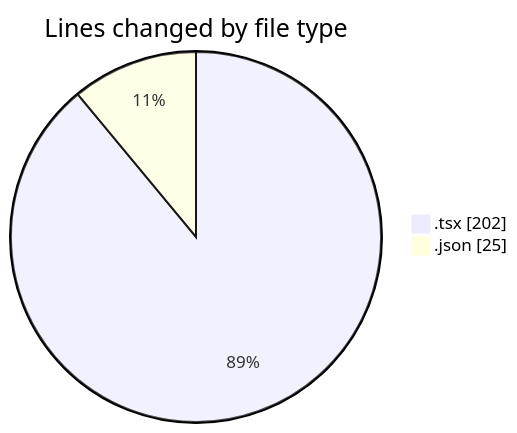
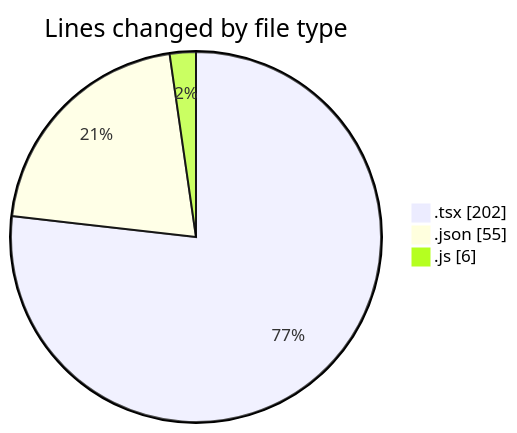
The first of 2 diagrams in 2025-10-25/ai/README.md (IJAZ3593/code-tracking), drawn with Mermaid before and after one commit. The commit also changed other lines of this file and 1 other file, not shown here.

````diff
--- a/2025-10-25/ai/README.md
+++ b/2025-10-25/ai/README.md
@@ -21,6 +23,7 @@
 ```mermaid
 pie showData
 title Lines changed by file type
 ".tsx" : 202
-".json" : 25
+".json" : 55
+".js" : 6
 ```
````
